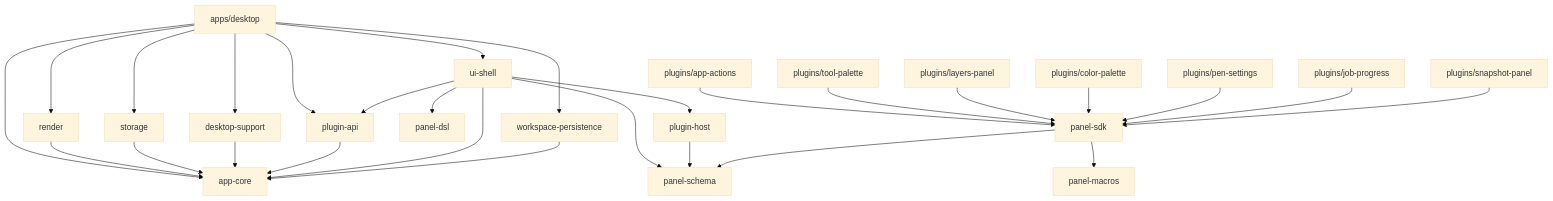
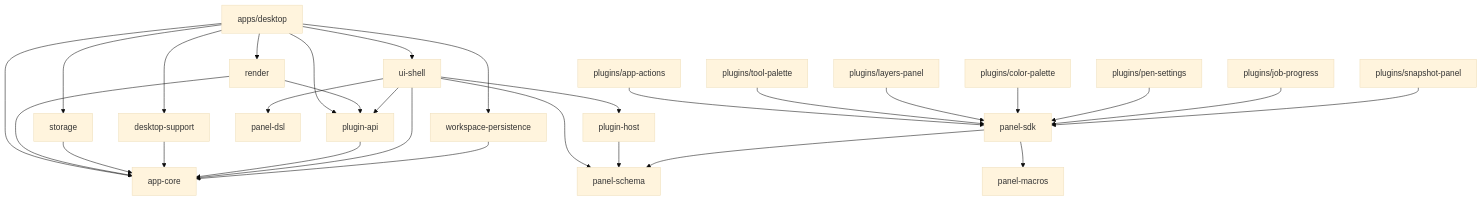
One commit to gitdmnt/altpaint changed the diagram in docs/MODULE_DEPENDENCIES.md. Above: the diagram before and after it, drawn with Mermaid (base theme). The commit also changed other lines of this file and 30 other files, not shown here.

````diff
--- a/docs/MODULE_DEPENDENCIES.md
+++ b/docs/MODULE_DEPENDENCIES.md
@@ -61,35 +61,36 @@
 ```mermaid
 graph TD
     desktop[apps/desktop] --> appcore[app-core]
     desktop --> render[render]
     desktop --> uishell[ui-shell]
     desktop --> pluginapi[plugin-api]
     desktop --> storage[storage]
     desktop --> dsupport[desktop-support]
     desktop --> wpersist[workspace-persistence]
 
     render --> appcore
+    render --> pluginapi
     storage --> appcore
     dsupport --> appcore
     pluginapi --> appcore
 
     uishell --> appcore
     uishell --> pluginapi
     uishell --> pds[panel-dsl]
     uishell --> pschema[panel-schema]
     uishell --> phost[plugin-host]
 
     wpersist[workspace-persistence] --> appcore
 
     phost --> pschema
     psdk[panel-sdk] --> pmacros[panel-macros]
     psdk --> pschema
 
     appactions[plugins/app-actions] --> psdk
     toolpalette[plugins/tool-palette] --> psdk
     layerspanel[plugins/layers-panel] --> psdk
     colorpalette[plugins/color-palette] --> psdk
     pensettings[plugins/pen-settings] --> psdk
     jobprogress[plugins/job-progress] --> psdk
     snapshotpanel[plugins/snapshot-panel] --> psdk
 ```
````
